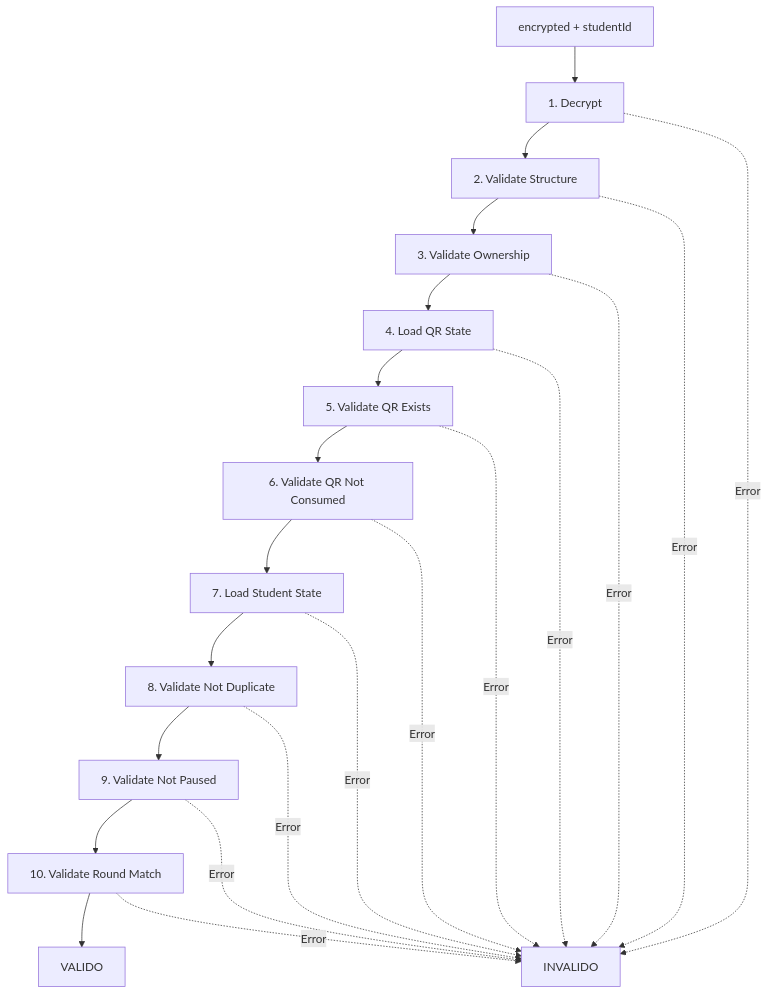
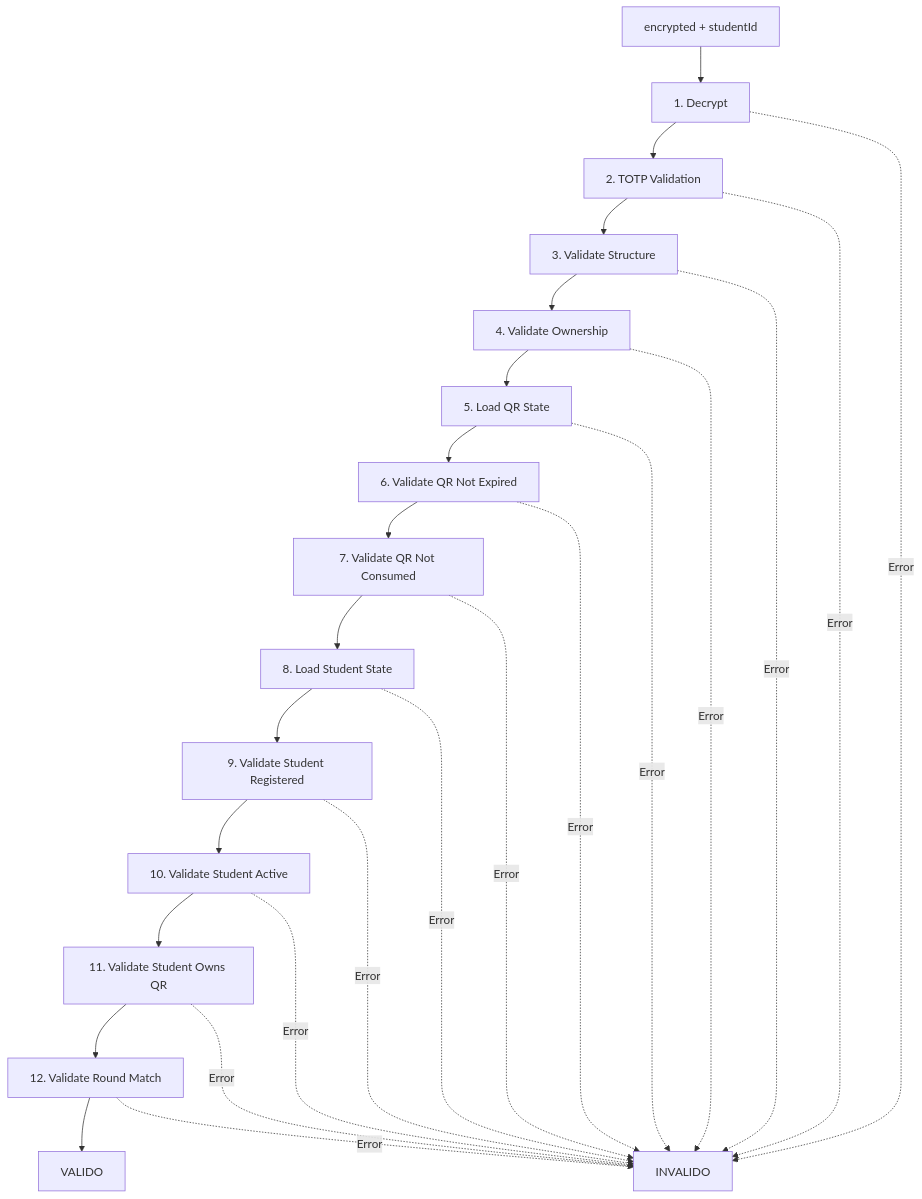
Before and after one commit to Ragnarsss/capstone-backend: the second of 3 diagrams in documents/02-modulos/attendance.md, drawn with Mermaid. The commit also changed other lines of this file and 3 other files, not shown here.

First line of the commit message:
docs: actualizar roadmap y especificaciones

````diff
--- a/documents/02-modulos/attendance.md
+++ b/documents/02-modulos/attendance.md
@@ -63,25 +65,29 @@
 ```mermaid
 flowchart TD
     A[encrypted + studentId] --> B[1. Decrypt]
-    B --> C[2. Validate Structure]
-    C --> D[3. Validate Ownership]
-    D --> E[4. Load QR State]
-    E --> F[5. Validate QR Exists]
-    F --> G[6. Validate QR Not Consumed]
-    G --> H[7. Load Student State]
-    H --> I[8. Validate Not Duplicate]
-    I --> J[9. Validate Not Paused]
-    J --> K[10. Validate Round Match]
-    K --> L[VALIDO]
-    
+    B --> C[2. TOTP Validation]
+    C --> D[3. Validate Structure]
+    D --> E[4. Validate Ownership]
+    E --> F[5. Load QR State]
+    F --> G[6. Validate QR Not Expired]
+    G --> H[7. Validate QR Not Consumed]
+    H --> I[8. Load Student State]
+    I --> J[9. Validate Student Registered]
+    J --> K[10. Validate Student Active]
+    K --> L[11. Validate Student Owns QR]
+    L --> M[12. Validate Round Match]
+    M --> N[VALIDO]
+
     B -.->|Error| X[INVALIDO]
     C -.->|Error| X
     D -.->|Error| X
     E -.->|Error| X
     F -.->|Error| X
     G -.->|Error| X
     H -.->|Error| X
     I -.->|Error| X
     J -.->|Error| X
     K -.->|Error| X
+    L -.->|Error| X
+    M -.->|Error| X
 ```
````
